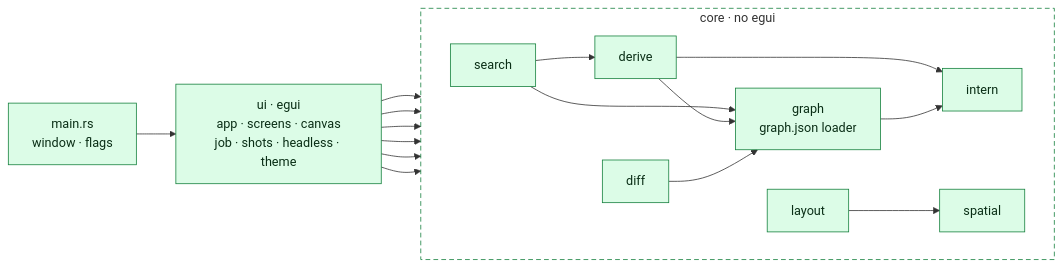
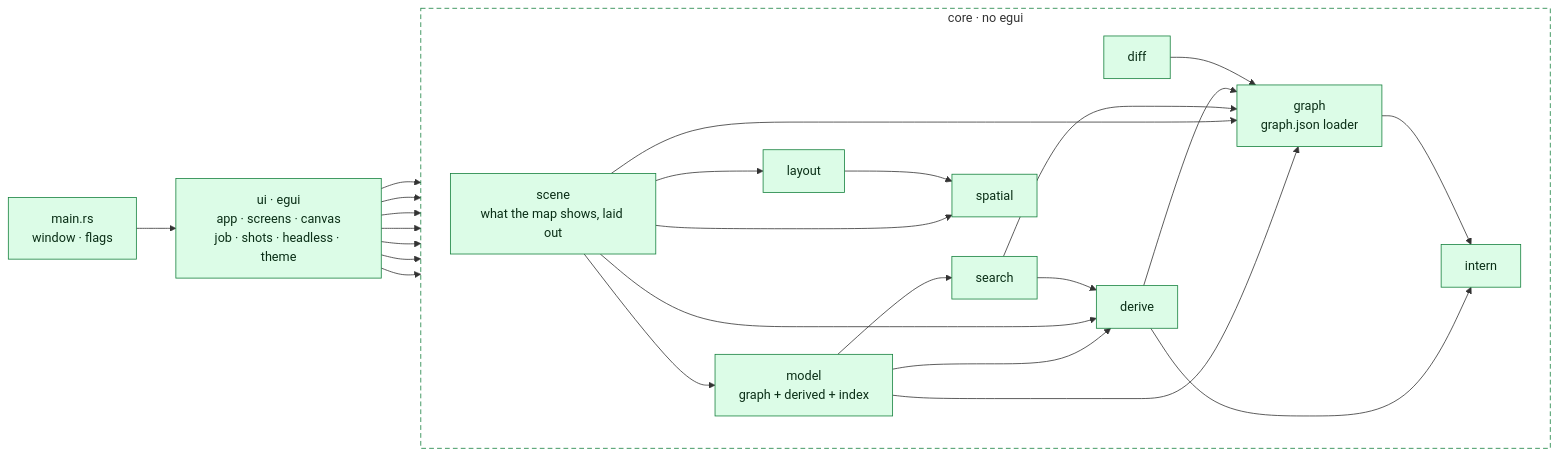
The first of 3 diagrams in docs/architecture/viewer.md (Avicted/tools.pipeline-graph), drawn with Mermaid before and after one commit. The commit also changed other lines of this file and 18 other files, not shown here.

First line of the commit message:
refactor(viewer): move scene building into core

````diff
--- a/docs/architecture/viewer.md
+++ b/docs/architecture/viewer.md
@@ -13,35 +13,46 @@
 ```mermaid
 %% view: viewer-modules
 flowchart LR
     main["main.rs<br/>window · flags"]
     ui["ui · egui<br/>app · screens · canvas<br/>job · shots · headless · theme"]
     subgraph core["core · no egui"]
         direction LR
+        core_model["model<br/>graph + derived + index"]
+        core_scene["scene<br/>what the map shows, laid out"]
         core_search["search"]
         core_derive["derive"]
         core_diff["diff"]
         core_graph["graph<br/>graph.json loader"]
         core_intern["intern"]
         core_layout["layout"]
         core_spatial["spatial"]
     end
 
     main --> ui
+    ui --> core_model
+    ui --> core_scene
     ui --> core_search
     ui --> core_derive
     ui --> core_diff
     ui --> core_graph
-    ui --> core_layout
     ui --> core_spatial
+    core_model --> core_derive
+    core_model --> core_graph
+    core_model --> core_search
+    core_scene --> core_derive
+    core_scene --> core_graph
+    core_scene --> core_layout
+    core_scene --> core_model
+    core_scene --> core_spatial
     core_search --> core_derive
     core_search --> core_graph
     core_derive --> core_graph
     core_derive --> core_intern
     core_diff --> core_graph
     core_graph --> core_intern
     core_layout --> core_spatial
 
     classDef rust fill:#dcfce7,stroke:#15803d,color:#0a2e16
-    class main,ui,core_search,core_derive,core_diff,core_graph,core_intern,core_layout,core_spatial rust
+    class main,ui,core_model,core_scene,core_search,core_derive,core_diff,core_graph,core_intern,core_layout,core_spatial rust
     style core fill:none,stroke:#15803d,stroke-dasharray:6 4
 ```
````
